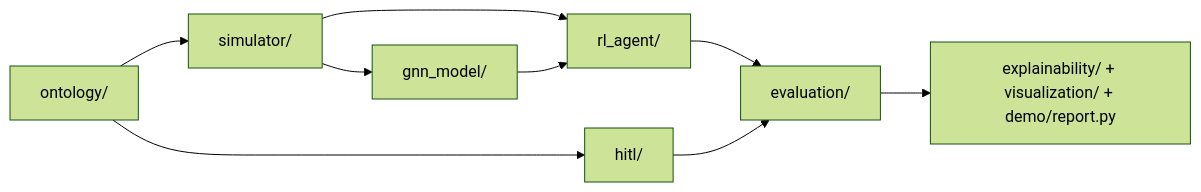
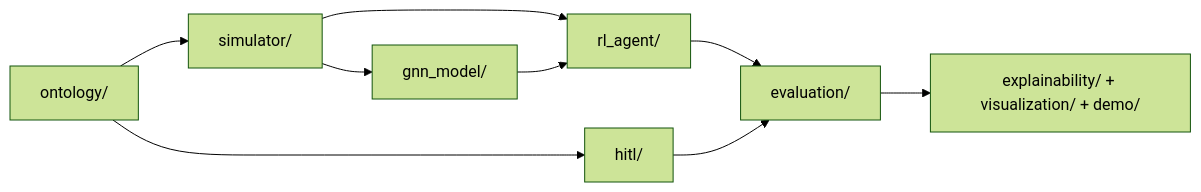
The diagram in README.md (Navy10021/falcon), drawn with Mermaid (forest theme) before and after one commit. The commit also changed other lines of this file, not shown here.

````diff
--- a/README.md
+++ b/README.md
@@ -44,11 +47,11 @@
 ```mermaid
 flowchart LR
   O[ontology/] --> S[simulator/]
+  O --> H[hitl/]
   S --> G[gnn_model/]
   S --> R[rl_agent/]
-  O --> H[hitl/]
   G --> R
   R --> E[evaluation/]
   H --> E
-  E --> X[explainability/ + visualization/ + demo/report.py]
+  E --> X[explainability/ + visualization/ + demo/]
 ```
````
